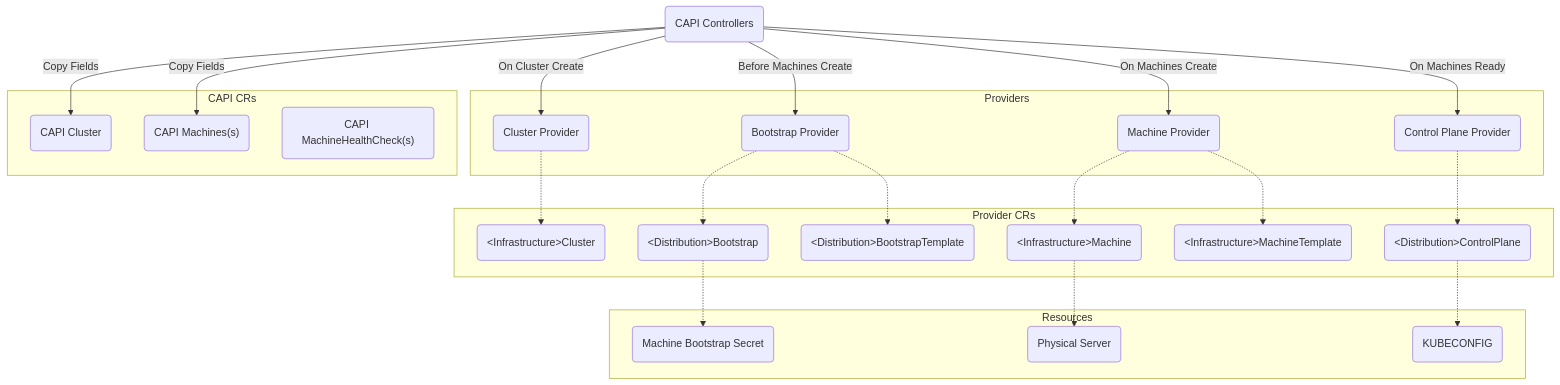
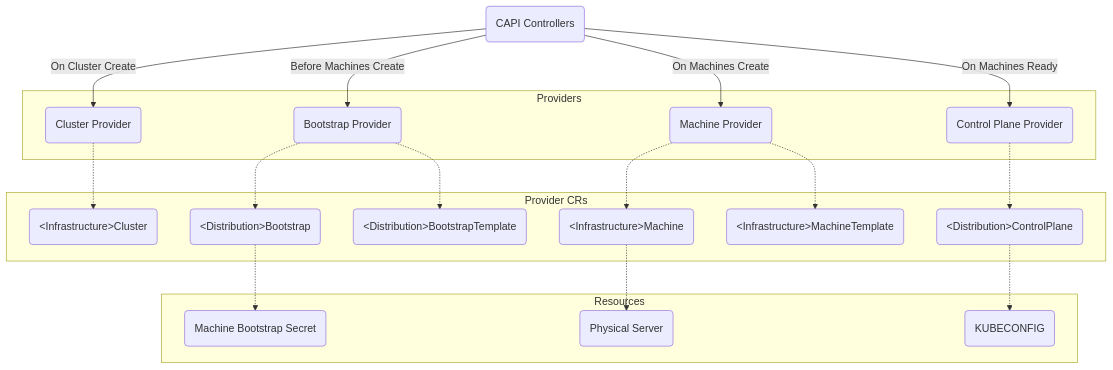
Before and after one commit to aiyengar2/k8s-docs: the second of 2 diagrams in docs/provisioning/00_capi.md, drawn with Mermaid.

````diff
--- a/docs/provisioning/00_capi.md
+++ b/docs/provisioning/00_capi.md
@@ -77,48 +77,41 @@
 ```mermaid
 graph TD
     CAPIControllers("CAPI Controllers")
-    subgraph CAPI CRs
-    CAPICluster("CAPI Cluster")
-    CAPIMachine("CAPI Machines(s)")
-    CAPIMachineHealthChecks("CAPI MachineHealthCheck(s)")
-    end
+
     subgraph Providers
     ClusterProvider("Cluster Provider")
     BootstrapProvider("Bootstrap Provider")
     MachineProvider("Machine Provider")
     ControlPlaneProvider("Control Plane Provider")
     end
 
     subgraph Provider CRs
     InfrastructureCluster("&ltInfrastructure&gtCluster")
     DistributionBootstrap("&ltDistribution&gtBootstrap")
     DistributionBootstrapTemplate("&ltDistribution&gtBootstrapTemplate")
     InfrastructureMachine("&ltInfrastructure&gtMachine")
     InfrastructureMachineTemplate("&ltInfrastructure&gtMachineTemplate")
     DistributionControlPlane("&ltDistribution&gtControlPlane")
     end
     
     subgraph Resources
     PhysicalServer("Physical Server")
     MachineBootstrapSecret("Machine Bootstrap Secret")
     KubeConfig("KUBECONFIG")
     end
 
-    CAPIControllers--Copy Fields-->CAPICluster
-    CAPIControllers--Copy Fields-->CAPIMachine
-
     CAPIControllers--On Cluster Create-->ClusterProvider
     CAPIControllers--Before Machines Create-->BootstrapProvider
     CAPIControllers--On Machines Create-->MachineProvider
     CAPIControllers--On Machines Ready-->ControlPlaneProvider
     
     ClusterProvider-.->InfrastructureCluster
     BootstrapProvider-.->DistributionBootstrap
     BootstrapProvider-.->DistributionBootstrapTemplate
     DistributionBootstrap-.->MachineBootstrapSecret
     MachineProvider-.->InfrastructureMachine
     InfrastructureMachine-.->PhysicalServer
     MachineProvider-.->InfrastructureMachineTemplate
     ControlPlaneProvider-.->DistributionControlPlane
     DistributionControlPlane-.->KubeConfig
 ```
````
